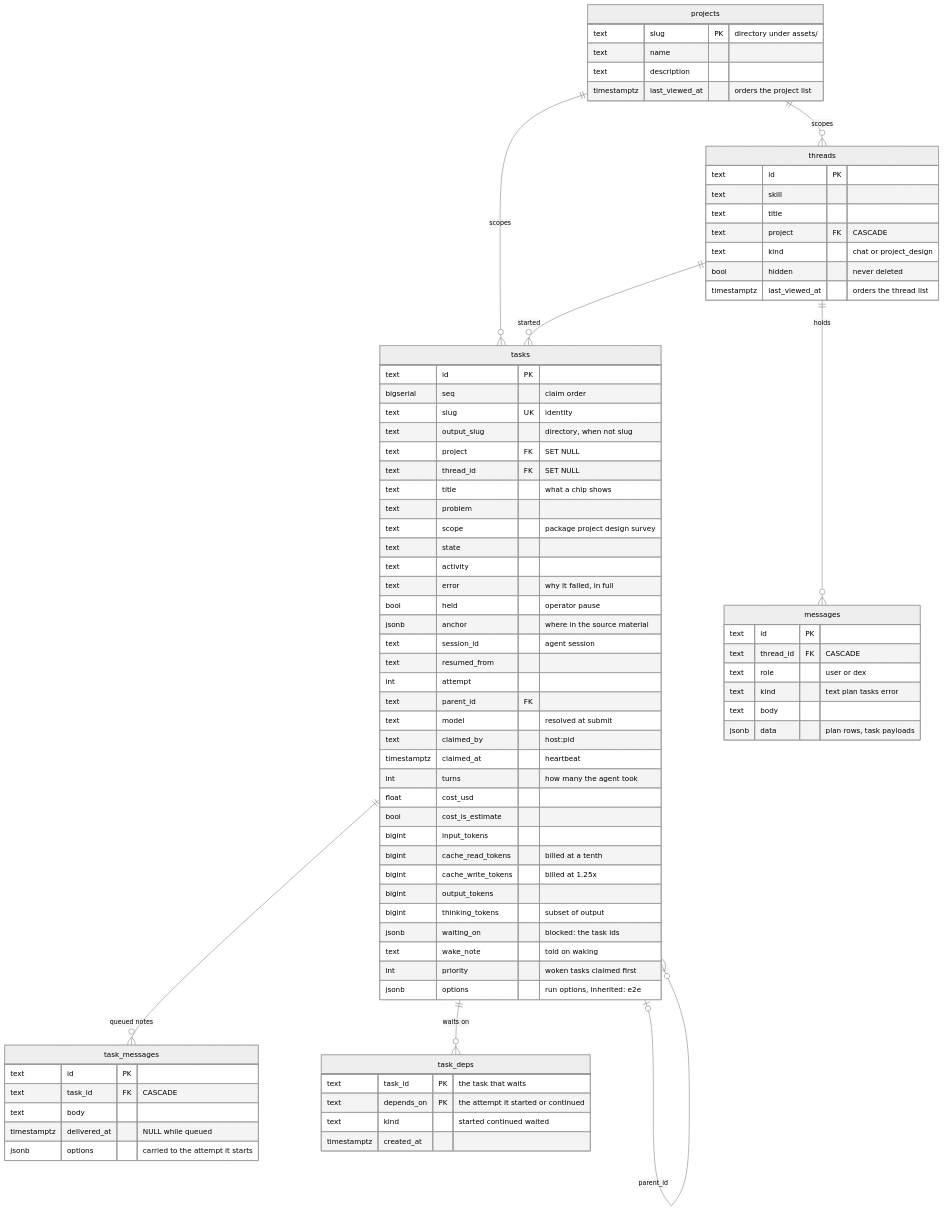
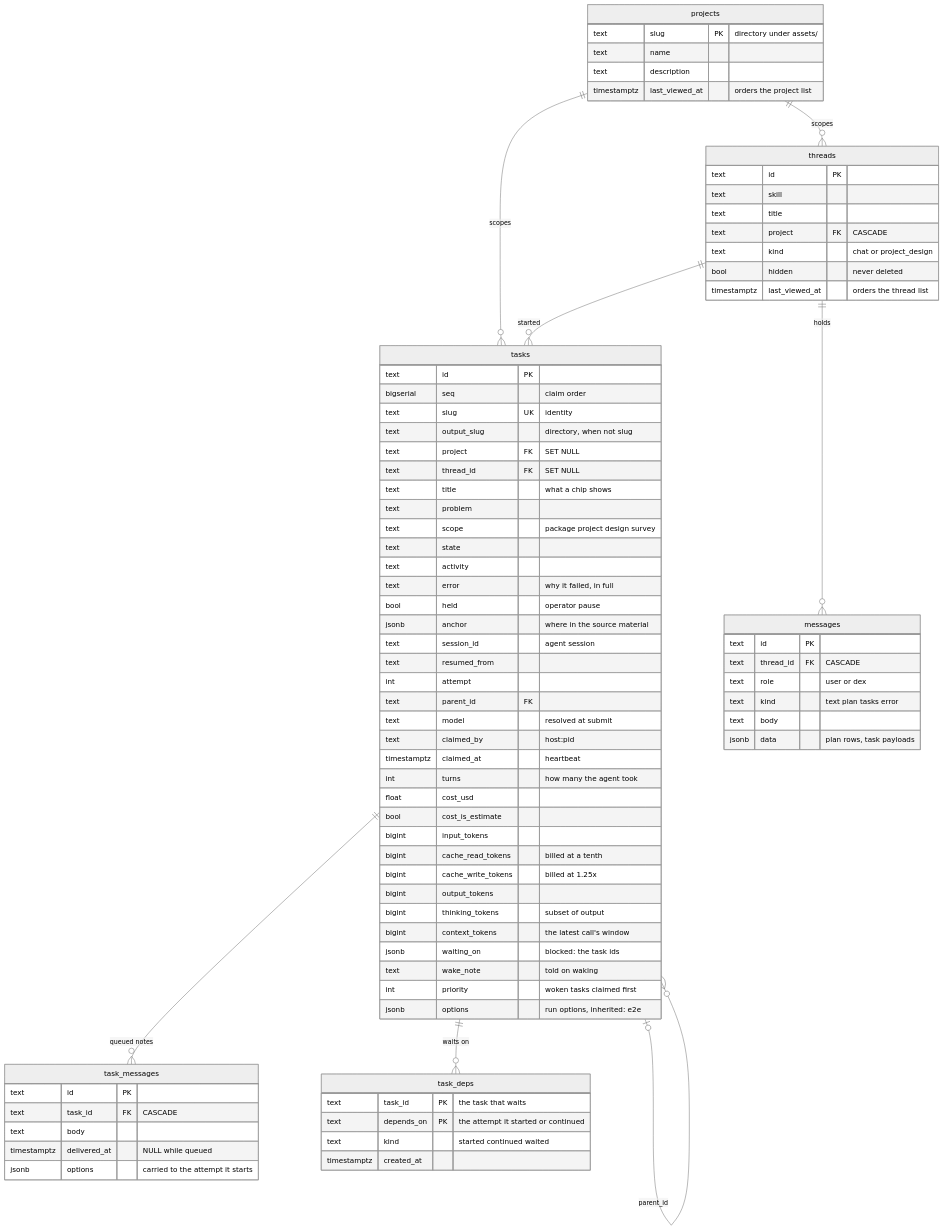
The second of 8 diagrams in design/10_data_model.md (radubools/dex), drawn with Mermaid (neutral theme) before and after one commit. The commit also changed 6 other files, not shown here.

```diff
--- a/design/10_data_model.md
+++ b/design/10_data_model.md
@@ -122,6 +122,7 @@
         bigint cache_write_tokens "billed at 1.25x"
         bigint output_tokens
         bigint thinking_tokens "subset of output"
+        bigint context_tokens "the latest call's window"
         jsonb waiting_on "blocked: the task ids"
         text wake_note "told on waking"
         int priority "woken tasks claimed first"
```
